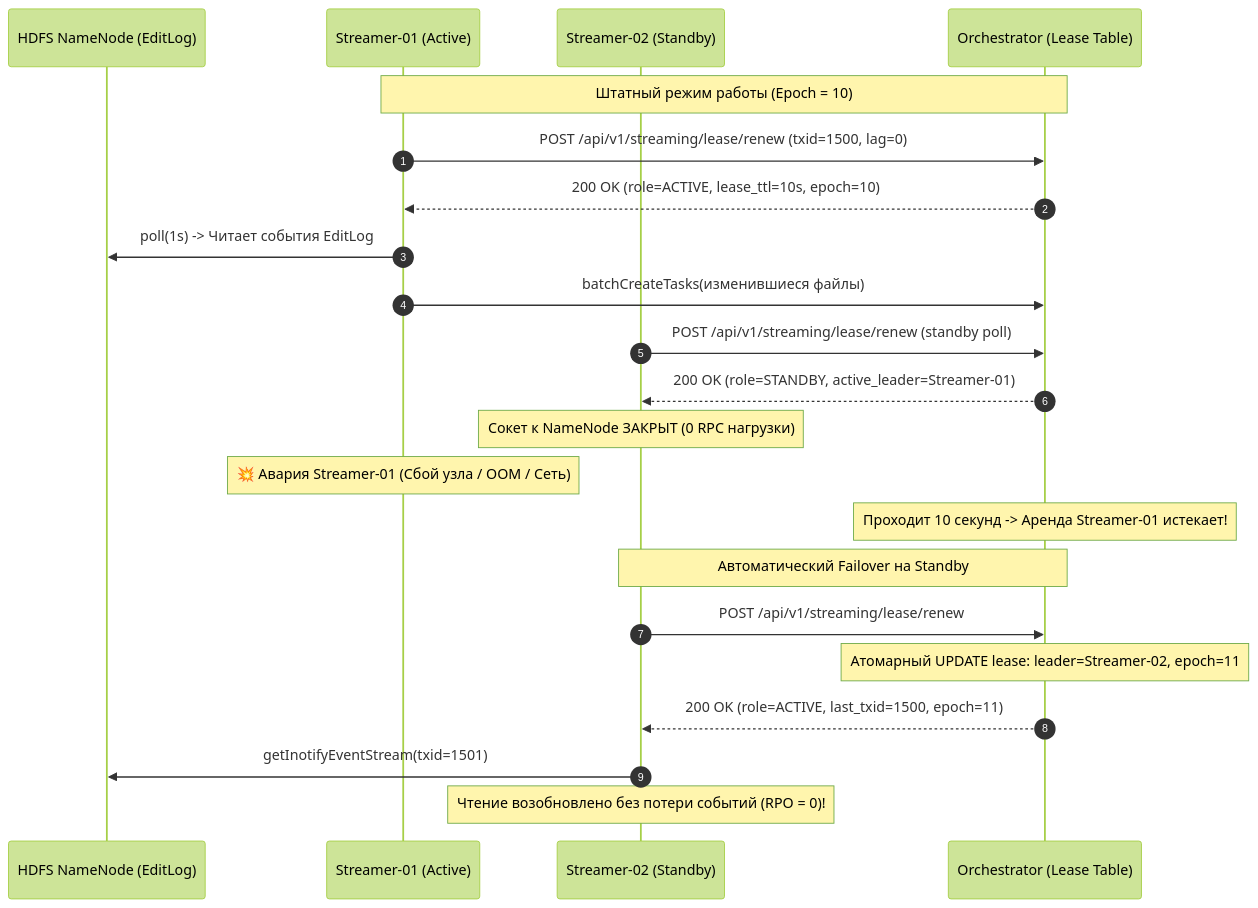
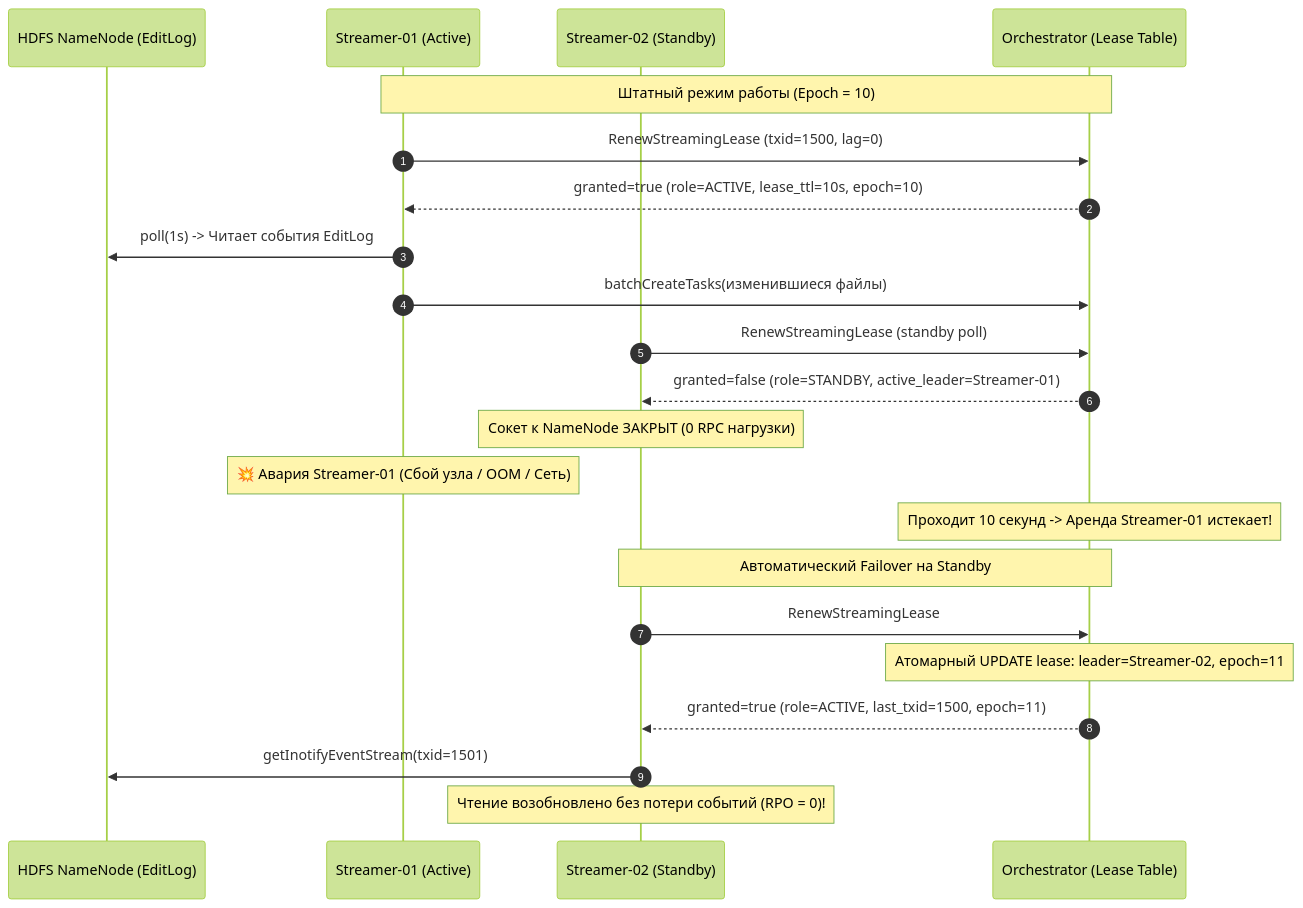
Before and after one commit to balookrd/hadoop-explorer: the second of 8 diagrams in docs/replicator-fault-tolerance.md, drawn with Mermaid (forest theme). The commit also changed 28 other files, not shown here.

````diff
--- a/docs/replicator-fault-tolerance.md
+++ b/docs/replicator-fault-tolerance.md
@@ -130,28 +130,28 @@
 ```mermaid
 sequenceDiagram
     autonumber
     participant NN as HDFS NameNode (EditLog)
     participant S1 as Streamer-01 (Active)
     participant S2 as Streamer-02 (Standby)
     participant Orch as Orchestrator (Lease Table)
 
     Note over S1,Orch: Штатный режим работы (Epoch = 10)
-    S1->>Orch: POST /api/v1/streaming/lease/renew (txid=1500, lag=0)
-    Orch-->>S1: 200 OK (role=ACTIVE, lease_ttl=10s, epoch=10)
+    S1->>Orch: RenewStreamingLease (txid=1500, lag=0)
+    Orch-->>S1: granted=true (role=ACTIVE, lease_ttl=10s, epoch=10)
     S1->>NN: poll(1s) -> Читает события EditLog
     S1->>Orch: batchCreateTasks(изменившиеся файлы)
 
-    S2->>Orch: POST /api/v1/streaming/lease/renew (standby poll)
-    Orch-->>S2: 200 OK (role=STANDBY, active_leader=Streamer-01)
+    S2->>Orch: RenewStreamingLease (standby poll)
+    Orch-->>S2: granted=false (role=STANDBY, active_leader=Streamer-01)
     Note over S2: Сокет к NameNode ЗАКРЫТ (0 RPC нагрузки)
 
     Note over S1: 💥 Авария Streamer-01 (Сбой узла / OOM / Сеть)
     Note over Orch: Проходит 10 секунд -> Аренда Streamer-01 истекает!
 
     Note over S2,Orch: Автоматический Failover на Standby
-    S2->>Orch: POST /api/v1/streaming/lease/renew
+    S2->>Orch: RenewStreamingLease
     Note over Orch: Атомарный UPDATE lease: leader=Streamer-02, epoch=11
-    Orch-->>S2: 200 OK (role=ACTIVE, last_txid=1500, epoch=11)
+    Orch-->>S2: granted=true (role=ACTIVE, last_txid=1500, epoch=11)
     S2->>NN: getInotifyEventStream(txid=1501)
     Note over S2: Чтение возобновлено без потери событий (RPO = 0)!
 ```
````
